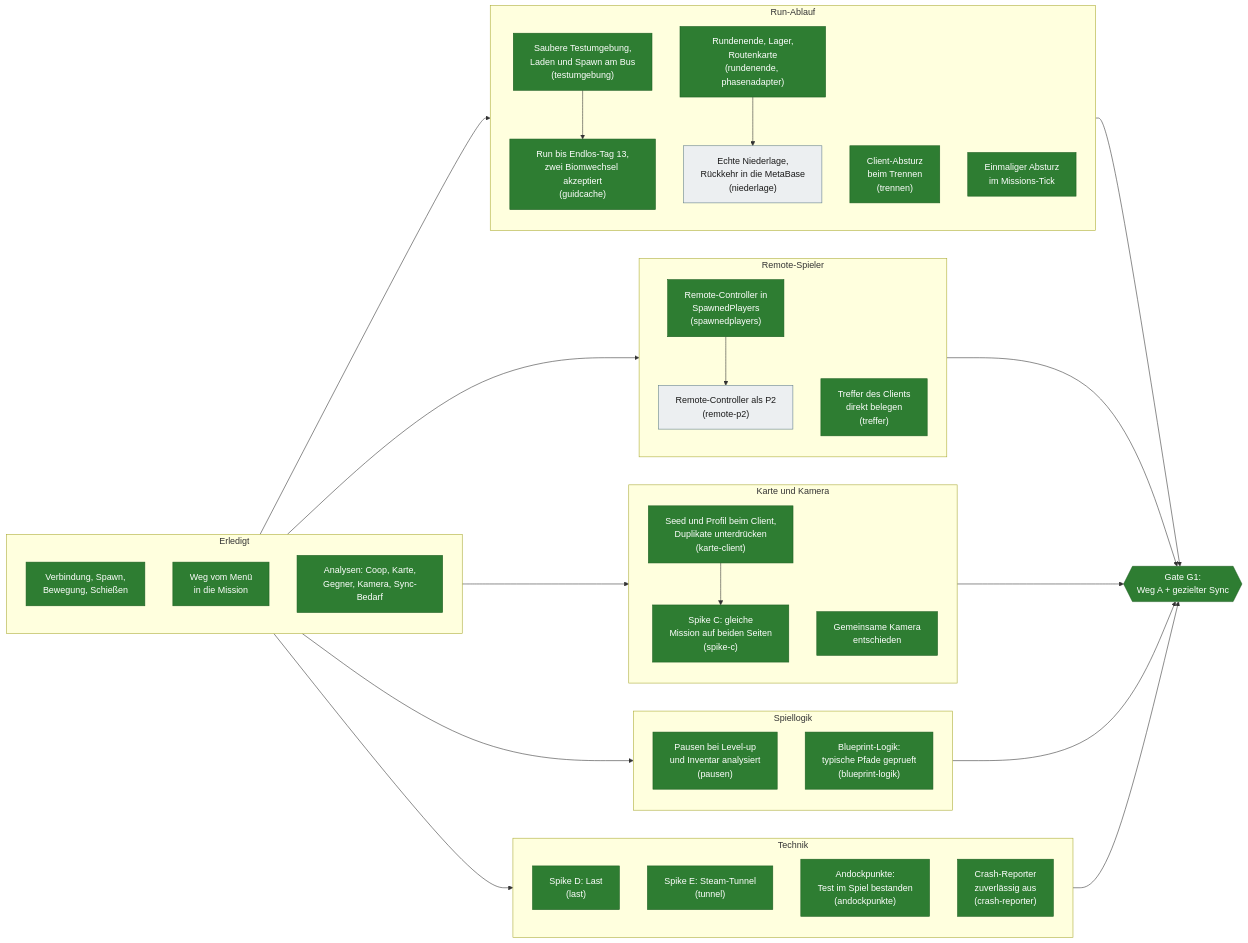
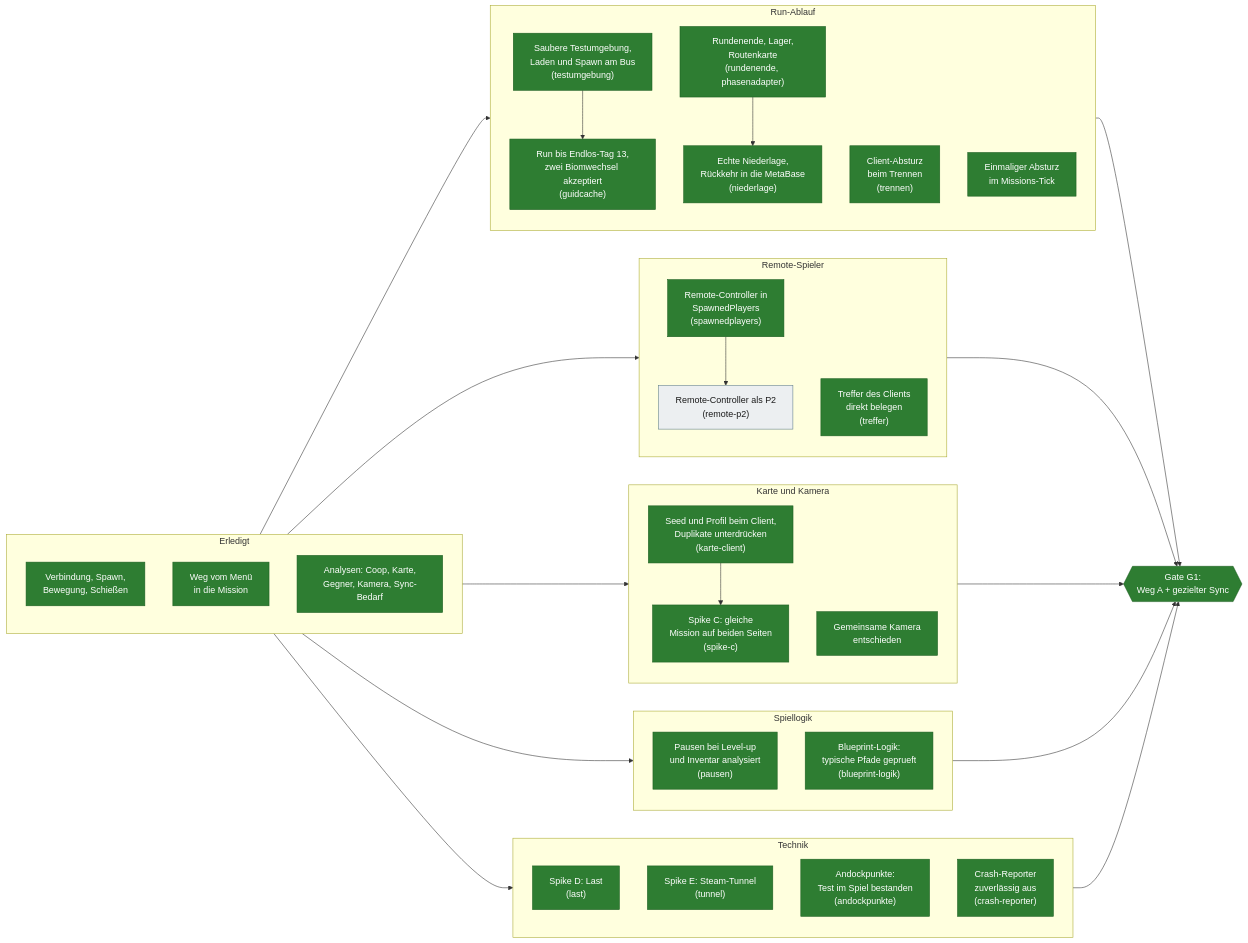
The second of 4 diagrams in docs/ROADMAP.md (VitaminStack/Deadly-Days-Roadtrip-Multiplayer-Mod), drawn with Mermaid before and after one commit. The commit also changed 9 other files, not shown here.

First line of the commit message:
niederlage: Rückkehr in die MetaBase nach Niederlage, Host-Absturz im Run-Ende behoben (#76)

````diff
--- a/docs/ROADMAP.md
+++ b/docs/ROADMAP.md
@@ -80,66 +80,66 @@
 ```mermaid
 flowchart LR
     subgraph BASIS["Erledigt"]
         A1["Verbindung, Spawn,<br/>Bewegung, Schießen"]:::done
         A2["Weg vom Menü<br/>in die Mission"]:::done
         A3["Analysen: Coop, Karte,<br/>Gegner, Kamera, Sync-Bedarf"]:::done
     end
 
     subgraph RUN["Run-Ablauf"]
         TE["Saubere Testumgebung,<br/>Laden und Spawn am Bus<br/>(testumgebung)"]:::done
         T3["Run bis Endlos-Tag 13,<br/>zwei Biomwechsel akzeptiert<br/>(guidcache)"]:::done
         TE --> T3
         RE["Rundenende, Lager,<br/>Routenkarte<br/>(rundenende, phasenadapter)"]:::done
-        NI["Echte Niederlage,<br/>Rückkehr in die MetaBase<br/>(niederlage)"]:::open
+        NI["Echte Niederlage,<br/>Rückkehr in die MetaBase<br/>(niederlage)"]:::done
         TR["Client-Absturz<br/>beim Trennen<br/>(trennen)"]:::done
         MT["Einmaliger Absturz<br/>im Missions-Tick"]:::done
         RE --> NI
     end
 
     subgraph SPIELER["Remote-Spieler"]
         SP["Remote-Controller in<br/>SpawnedPlayers<br/>(spawnedplayers)"]:::done
         RP["Remote-Controller als P2<br/>(remote-p2)"]:::open
         TF["Treffer des Clients<br/>direkt belegen<br/>(treffer)"]:::done
         SP --> RP
     end
 
     subgraph WELT["Karte und Kamera"]
         KC["Seed und Profil beim Client,<br/>Duplikate unterdrücken<br/>(karte-client)"]:::done
         SC["Spike C: gleiche<br/>Mission auf beiden Seiten<br/>(spike-c)"]:::done
         KE["Gemeinsame Kamera<br/>entschieden"]:::done
         KC --> SC
     end
 
     subgraph LOGIK["Spiellogik"]
         PA["Pausen bei Level-up<br/>und Inventar analysiert<br/>(pausen)"]:::done
         BP["Blueprint-Logik:<br/>typische Pfade geprueft<br/>(blueprint-logik)"]:::done
     end
 
     subgraph TECHNIK["Technik"]
         LA["Spike D: Last<br/>(last)"]:::done
         TU["Spike E: Steam-Tunnel<br/>(tunnel)"]:::done
         AP["Andockpunkte:<br/>Test im Spiel bestanden<br/>(andockpunkte)"]:::done
         CR["Crash-Reporter<br/>zuverlässig aus<br/>(crash-reporter)"]:::done
     end
 
     BASIS --> RUN
     BASIS --> SPIELER
     BASIS --> WELT
     BASIS --> LOGIK
     BASIS --> TECHNIK
 
     RUN --> G1
     SPIELER --> G1
     WELT --> G1
     LOGIK --> G1
     TECHNIK --> G1
 
     G1{{"Gate G1:<br/>Weg A + gezielter Sync"}}:::done
 
     classDef done fill:#2e7d32,stroke:#1b5e20,color:#ffffff
     classDef wip fill:#f9a825,stroke:#b27a00,color:#1a1a1a
     classDef open fill:#eceff1,stroke:#607d8b,color:#1a1a1a
     classDef blocker fill:#c62828,stroke:#7f1d1d,color:#ffffff
     classDef decision fill:#ef6c00,stroke:#a34800,color:#ffffff
     classDef gate fill:#6a1b9a,stroke:#3e1163,color:#ffffff
 ```
````
